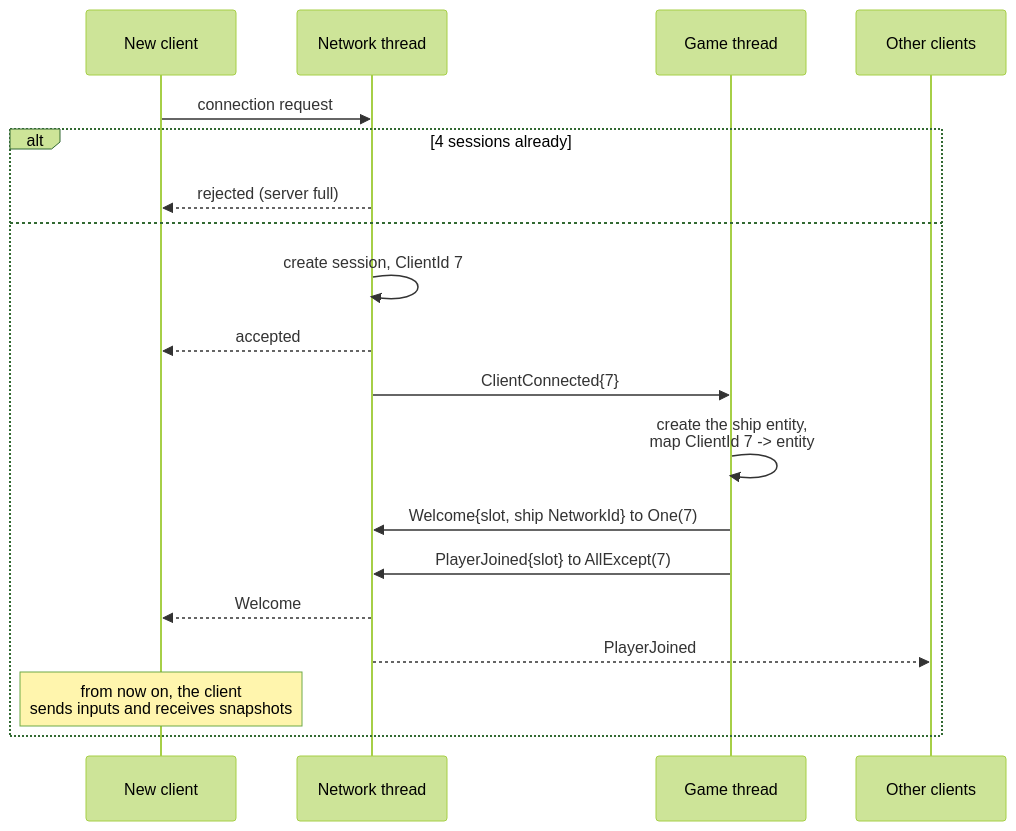
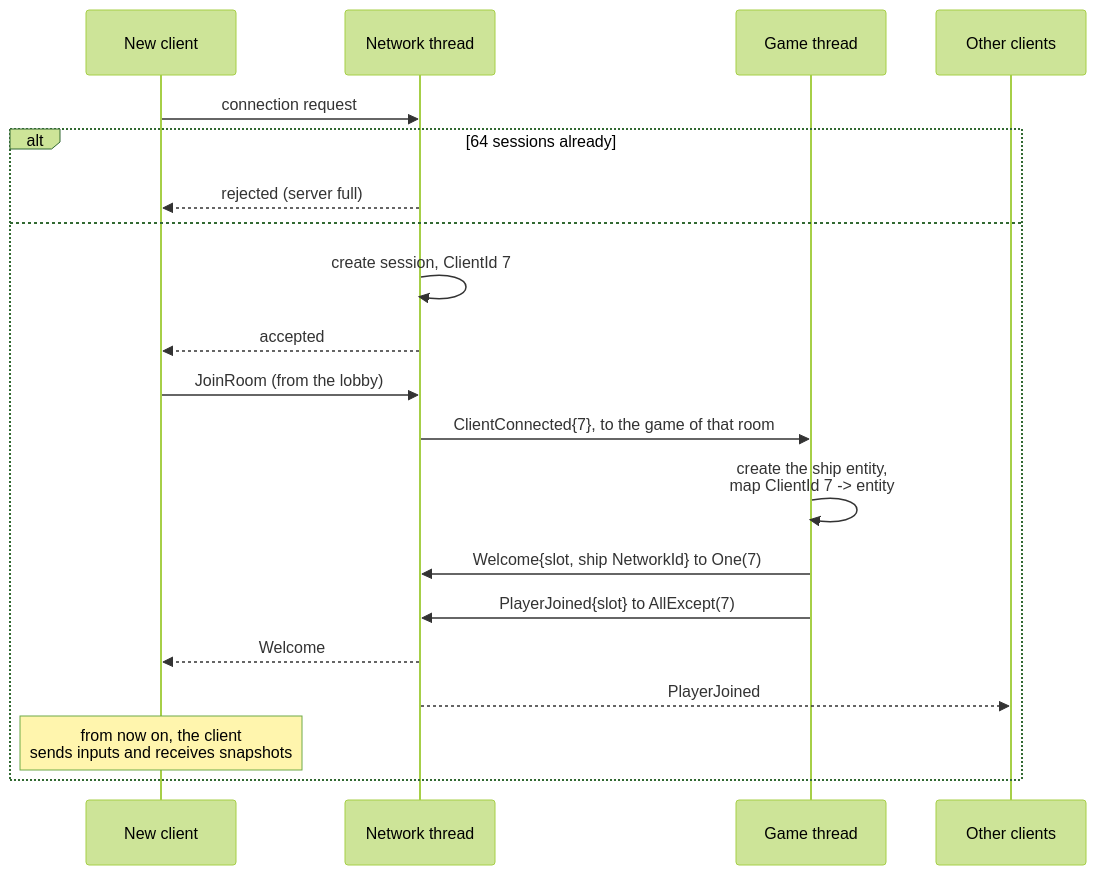
One commit to T3a1/RType-mirror changed the sixth of 6 diagrams in docs/ARCHITECTURE.md. Above: the diagram before and after it, drawn with Mermaid (forest theme). The commit also changed other lines of this file and 9 other files, not shown here.

````diff
--- a/docs/ARCHITECTURE.md
+++ b/docs/ARCHITECTURE.md
@@ -630,22 +637,23 @@
 ```mermaid
 sequenceDiagram
     participant C as New client
     participant N as Network thread
     participant G as Game thread
     participant O as Other clients
 
     C->>N: connection request
-    alt 4 sessions already
+    alt 64 sessions already
         N-->>C: rejected (server full)
     else
         N->>N: create session, ClientId 7
         N-->>C: accepted
-        N->>G: ClientConnected{7}
+        C->>N: JoinRoom (from the lobby)
+        N->>G: ClientConnected{7}, to the game of that room
         G->>G: create the ship entity,<br/>map ClientId 7 -> entity
         G->>N: Welcome{slot, ship NetworkId} to One(7)
         G->>N: PlayerJoined{slot} to AllExcept(7)
         N-->>C: Welcome
         N-->>O: PlayerJoined
         Note over C: from now on, the client<br/>sends inputs and receives snapshots
     end
 ```
````
